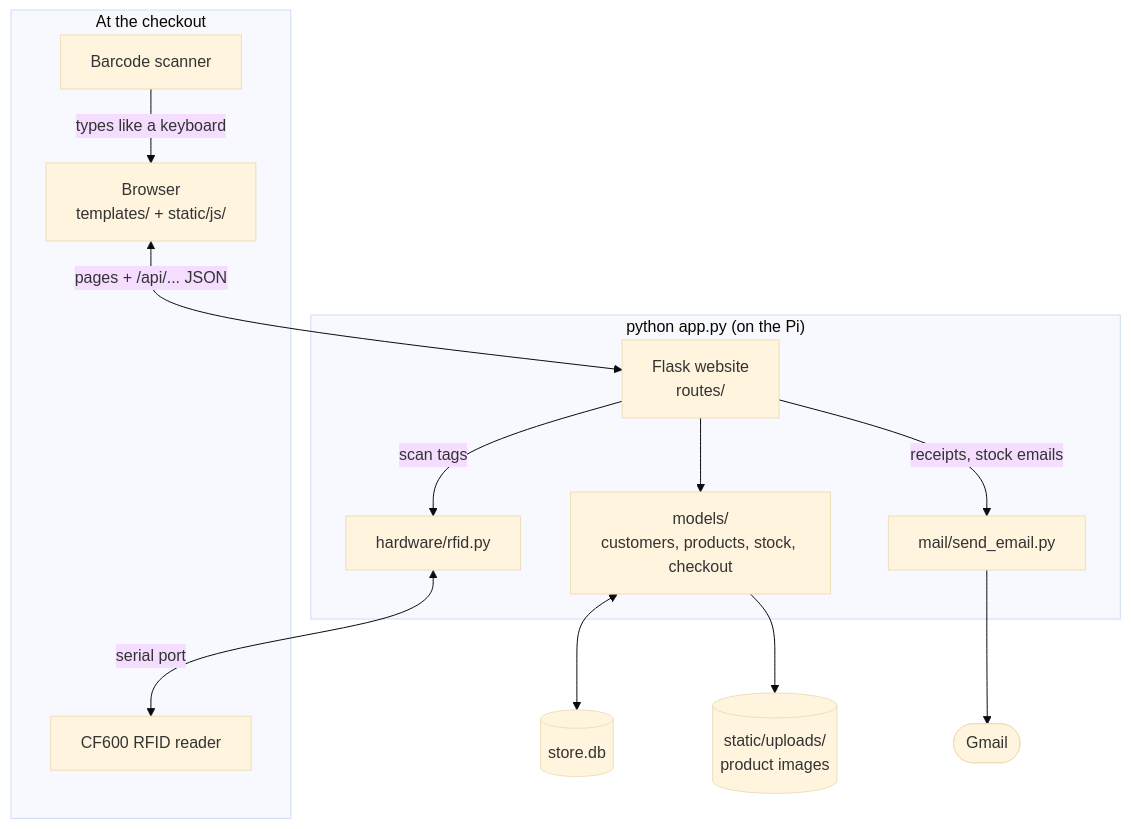
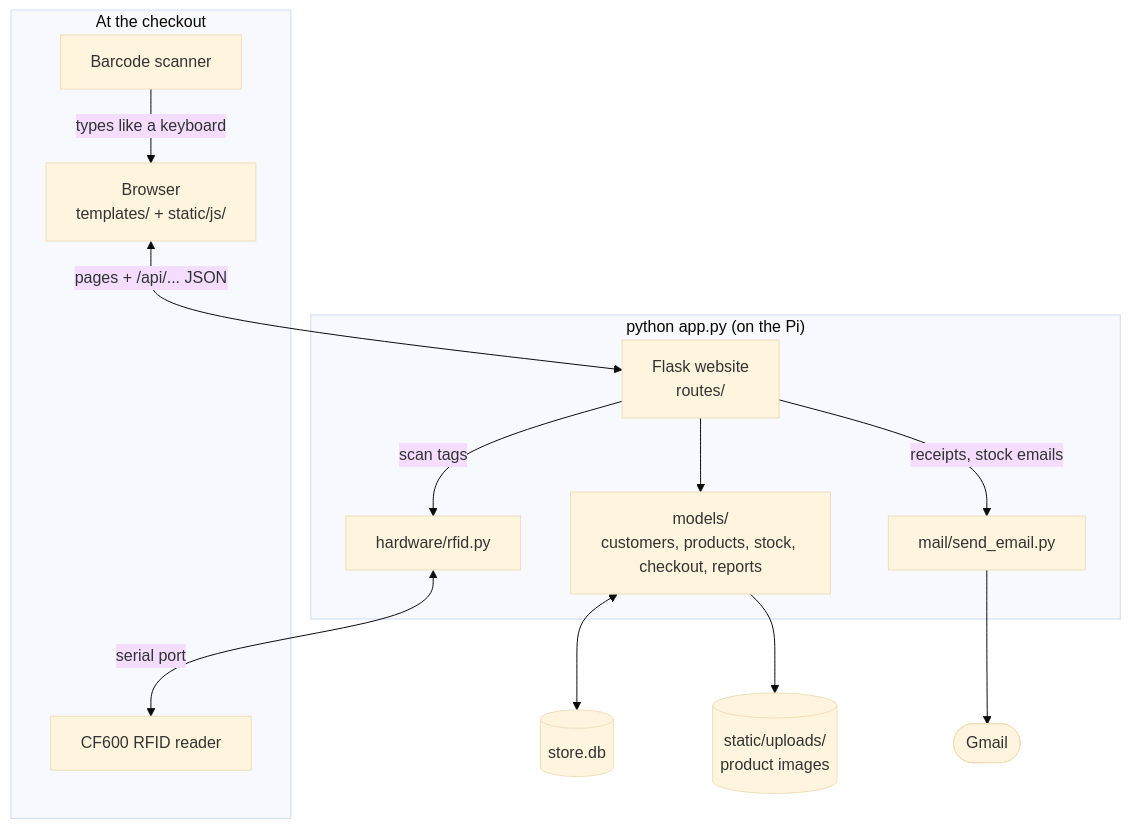
The second of 5 diagrams in docs/architecture.md (gvogas/IoT), drawn with Mermaid (base theme) before and after one commit. The commit also changed other lines of this file and 29 other files, not shown here.

Commit message:
chart better

````diff
--- a/docs/architecture.md
+++ b/docs/architecture.md
@@ -66,29 +67,29 @@
 ```mermaid
 flowchart TD
     subgraph Store["At the checkout"]
         Browser["Browser<br/>templates/ + static/js/"]
         Barcode["Barcode scanner"]
         Reader["CF600 RFID reader"]
     end
 
     subgraph Pi["python app.py (on the Pi)"]
         Flask["Flask website<br/>routes/"]
-        Models["models/<br/>customers, products, stock, checkout"]
+        Models["models/<br/>customers, products, stock, checkout, reports"]
         HW["hardware/rfid.py"]
         Send["mail/send_email.py"]
     end
 
     DB[("store.db")]
     Images[("static/uploads/<br/>product images")]
     Gmail(["Gmail"])
 
     Barcode -->|"types like a keyboard"| Browser
     Browser <-->|"pages + /api/... JSON"| Flask
     Flask --> Models
     Models <--> DB
     Models --> Images
     Flask -->|"scan tags"| HW
     HW <-->|"serial port"| Reader
     Flask -->|"receipts, stock emails"| Send
     Send --> Gmail
 ```
````
